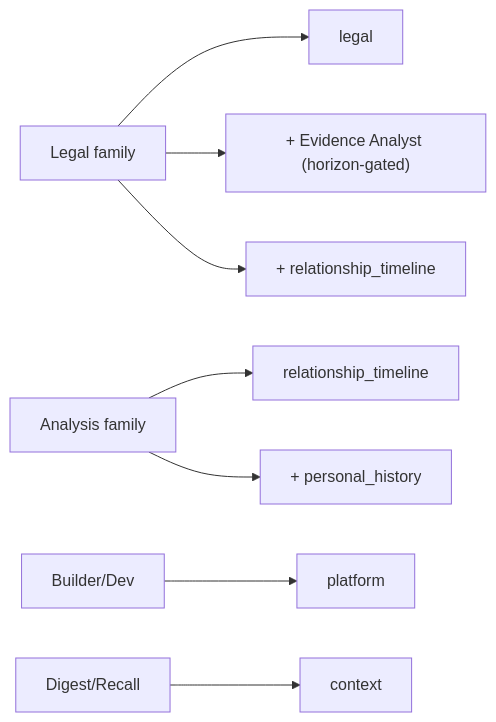
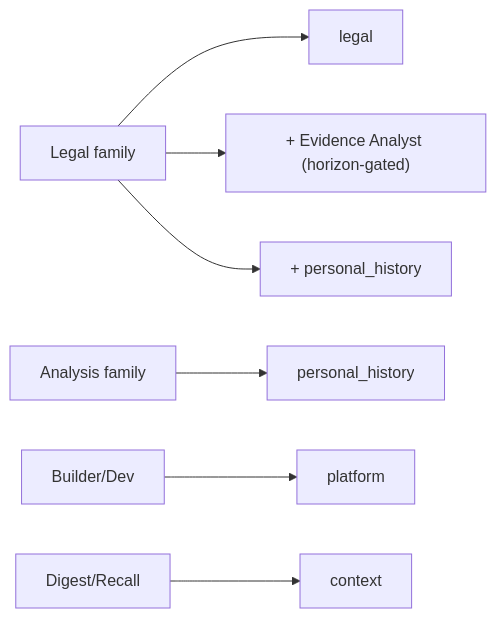
Before and after one commit to Cursedpotential/mcp-platform-agno-mvp: the fourth of 4 diagrams in docs/blueprint/structure.md, drawn with Mermaid. The commit also changed other lines of this file and 48 other files, not shown here.

````diff
--- a/docs/blueprint/structure.md
+++ b/docs/blueprint/structure.md
@@ -80,10 +80,9 @@
 ```mermaid
 flowchart LR
     LEGAL["Legal family"] --> Llegal["legal"]
     LEGAL --> Lev["+ Evidence Analyst (horizon-gated)"]
-    LEGAL --> Lrt["+ relationship_timeline"]
-    ANALYSIS["Analysis family"] --> Art["relationship_timeline"]
-    ANALYSIS --> Aph["+ personal_history"]
+    LEGAL --> Lph["+ personal_history"]
+    ANALYSIS["Analysis family"] --> Aph["personal_history"]
     BUILDER["Builder/Dev"] --> Bp["platform"]
     DIGEST["Digest/Recall"] --> Dc["context"]
 ```
````
